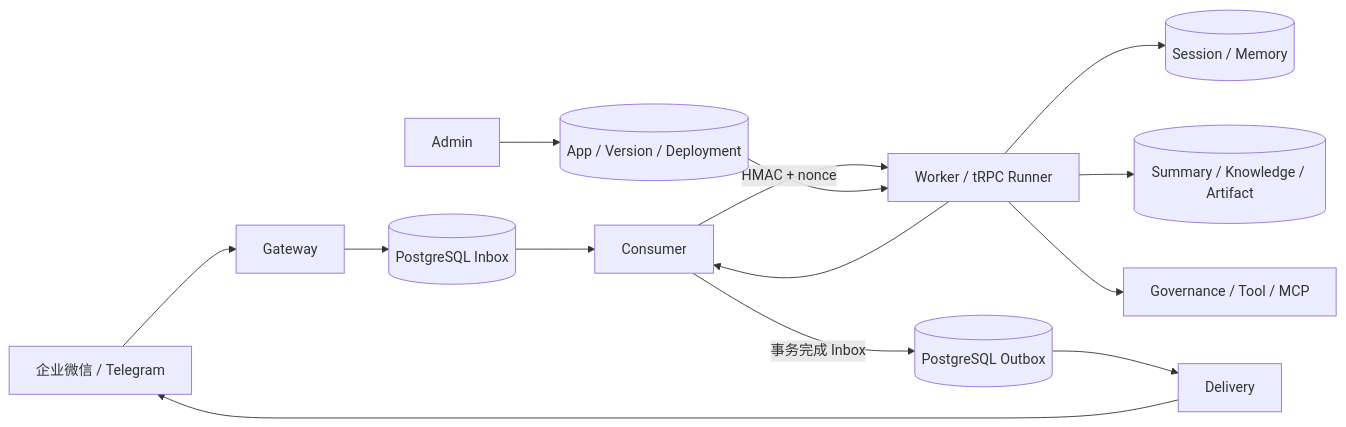
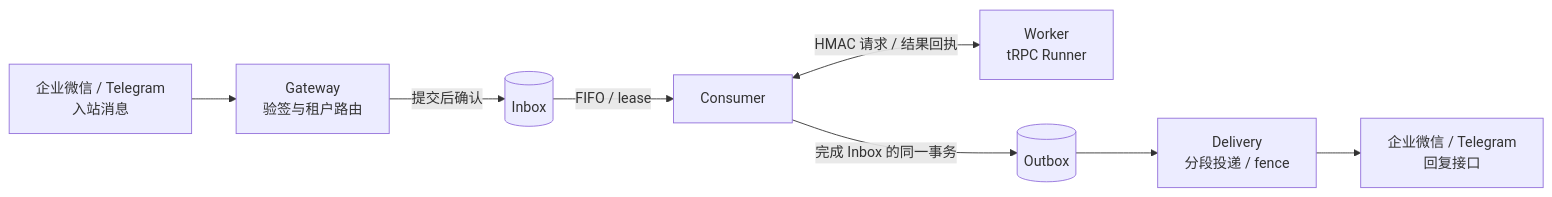
The diagram in README.md (ltyfulan9/trpc-agent-service), drawn with Mermaid before and after one commit. The commit also changed other lines of this file and 58 other files, not shown here.

Commit message:
Implement tenant-routed online data migration and align architecture evidence

````diff
--- a/README.md
+++ b/README.md
@@ -36,16 +38,10 @@
 ```mermaid
 flowchart LR
-    IM[企业微信 / Telegram] --> GW[Gateway]
-    GW --> IN[(PostgreSQL Inbox)]
-    IN --> C[Consumer]
-    C -->|HMAC + nonce| W[Worker / tRPC Runner]
-    A[Admin] --> CP[(App / Version / Deployment)]
-    CP --> W
-    W --> SM[(Session / Memory)]
-    W --> DATA[(Summary / Knowledge / Artifact)]
-    W --> TOOL[Governance / Tool / MCP]
-    W --> C
-    C -->|事务完成 Inbox| OUT[(PostgreSQL Outbox)]
-    OUT --> D[Delivery]
-    D --> IM
+    INBOUND["企业微信 / Telegram<br/>入站消息"] --> GW["Gateway<br/>验签与租户路由"]
+    GW -->|提交后确认| IN[(Inbox)]
+    IN -->|FIFO / lease| C[Consumer]
+    C <-->|HMAC 请求 / 结果回执| W["Worker<br/>tRPC Runner"]
+    C -->|完成 Inbox 的同一事务| OUT[(Outbox)]
+    OUT --> D["Delivery<br/>分段投递 / fence"]
+    D --> REPLY["企业微信 / Telegram<br/>回复接口"]
 ```
````
